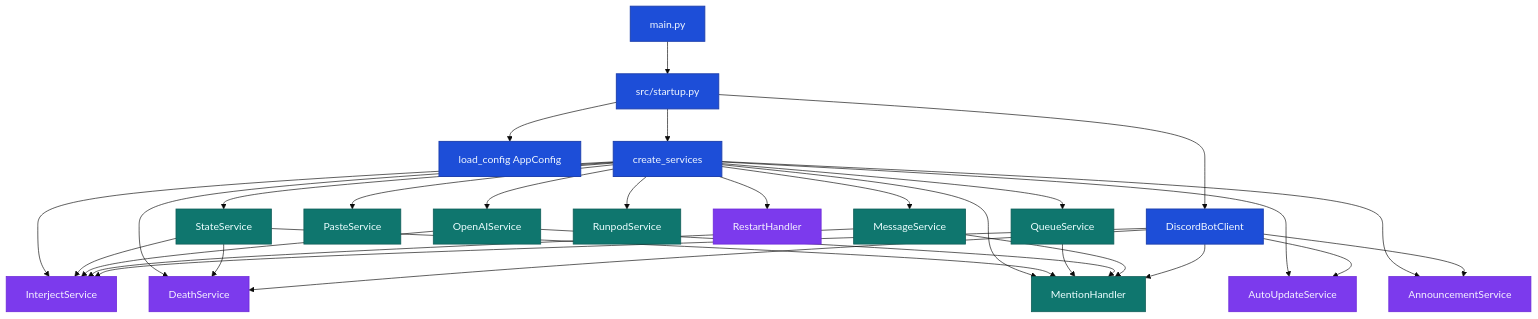
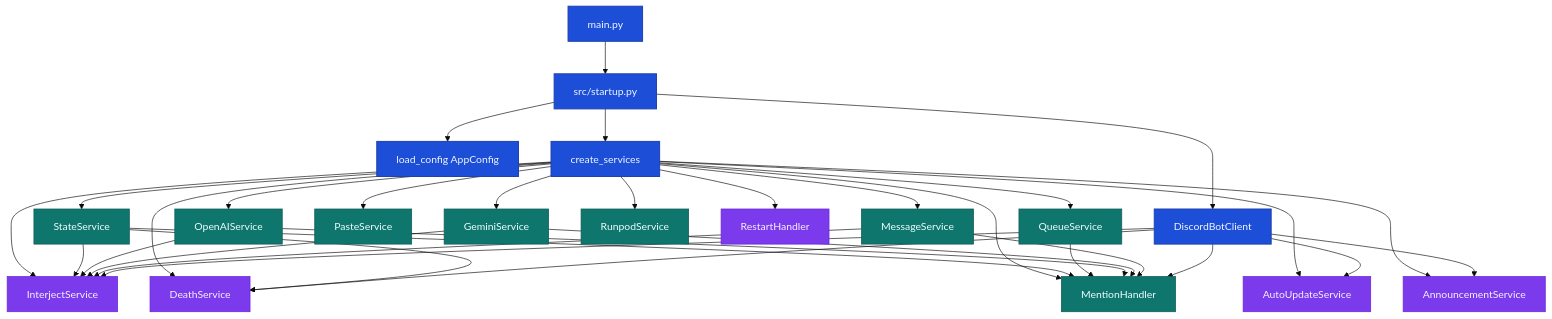
Before and after one commit to jobeus/cmwgpt: the second of 5 diagrams in docs/architecture.md, drawn with Mermaid (base theme). The commit also changed other lines of this file and 5 other files, not shown here.

````diff
--- a/docs/architecture.md
+++ b/docs/architecture.md
@@ -90,38 +95,41 @@
 ```mermaid
 flowchart TB
     classDef core fill:#1d4ed8,color:#eff6ff,stroke:#1e40af,stroke-width:1.5px;
     classDef svc fill:#0f766e,color:#ecfeff,stroke:#115e59,stroke-width:1.2px;
     classDef aux fill:#7c3aed,color:#f5f3ff,stroke:#6d28d9,stroke-width:1.2px;
 
     Main[main.py]:::core --> Startup[src/startup.py]:::core
     Startup --> Config[load_config AppConfig]:::core
     Startup --> Factory[create_services]:::core
     Factory --> State[StateService]:::svc
     Factory --> Queue[QueueService]:::svc
     Factory --> OpenAI[OpenAIService]:::svc
+    Factory --> Gemini[GeminiService]:::svc
     Factory --> Paste[PasteService]:::svc
     Factory --> Message[MessageService]:::svc
     Factory --> Runpod[RunpodService]:::svc
     Factory --> Restart[RestartHandler]:::aux
     Factory --> AutoUpdate[AutoUpdateService]:::aux
     Factory --> Announce[AnnouncementService]:::aux
     Factory --> Interject[InterjectService]:::aux
     Factory --> Death[DeathService]:::aux
     Factory --> Mention[MentionHandler]:::svc
 
     State --> Interject
     State --> Death
     State --> Mention
     Queue --> Mention
     OpenAI --> Interject
     OpenAI --> Mention
+    Gemini --> Interject
+    Gemini --> Mention
     Message --> Interject
     Message --> Mention
 
     Startup --> Client[DiscordBotClient]:::core
     Client --> Mention
     Client --> AutoUpdate
     Client --> Announce
     Client --> Interject
     Client --> Death
 ```
````
